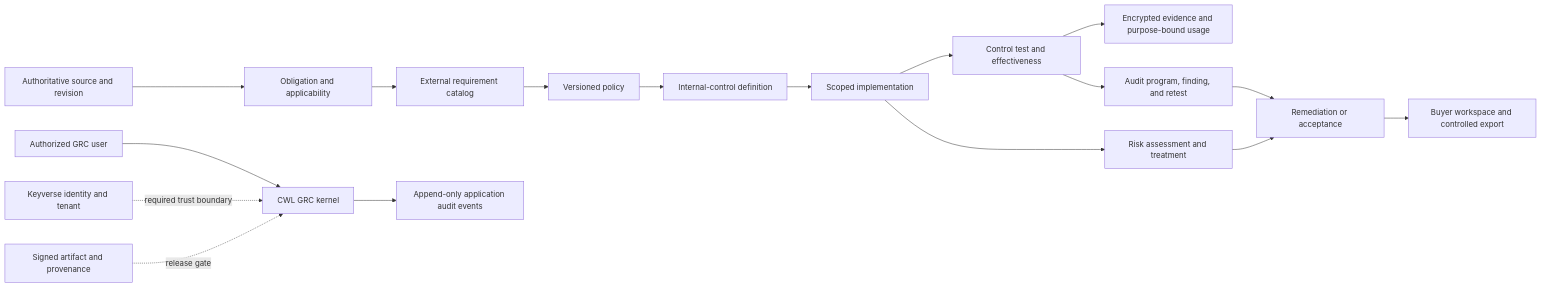
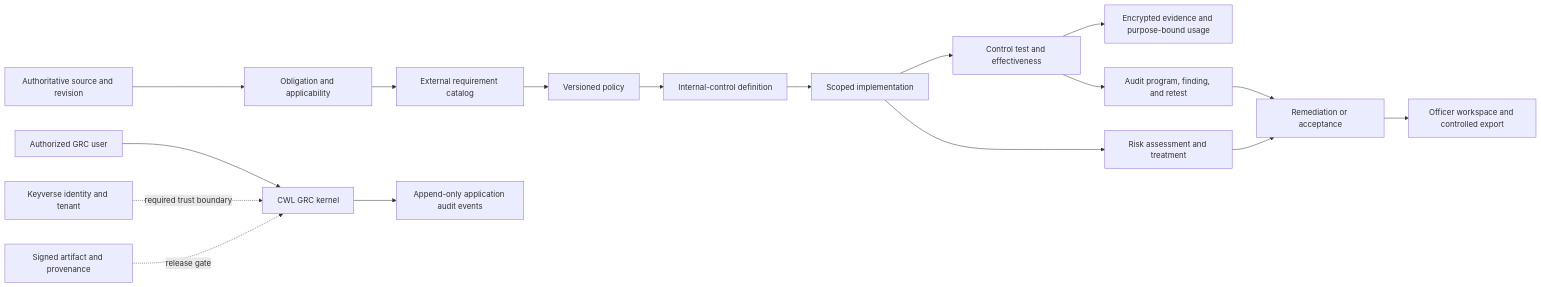
One commit to ContextualWisdomLab/governance-risk-compliance changed the diagram in docs/product-technical-gap-baseline.md. Above: the diagram before and after it, drawn with Mermaid. The commit also changed other lines of this file and 1 other file, not shown here.

````diff
--- a/docs/product-technical-gap-baseline.md
+++ b/docs/product-technical-gap-baseline.md
@@ -405,19 +418,19 @@
 ```mermaid
 flowchart LR
     officer[Authorized GRC user] --> grc[CWL GRC kernel]
     source[Authoritative source and revision] --> obligation[Obligation and applicability]
     obligation --> requirement[External requirement catalog]
     requirement --> policy[Versioned policy]
     policy --> internal_control[Internal-control definition]
     internal_control --> implementation[Scoped implementation]
     implementation --> test[Control test and effectiveness]
     test --> evidence[Encrypted evidence and purpose-bound usage]
     implementation --> risk[Risk assessment and treatment]
     test --> audit_program[Audit program, finding, and retest]
     risk --> remediation[Remediation or acceptance]
     audit_program --> remediation
-    remediation --> workspace[Buyer workspace and controlled export]
+    remediation --> workspace[Officer workspace and controlled export]
     grc --> audit_event[Append-only application audit events]
     keyverse[Keyverse identity and tenant] -. required trust boundary .-> grc
     release[Signed artifact and provenance] -. release gate .-> grc
 ```
````
